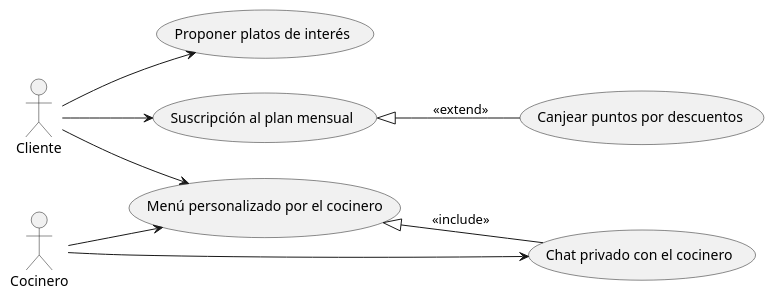
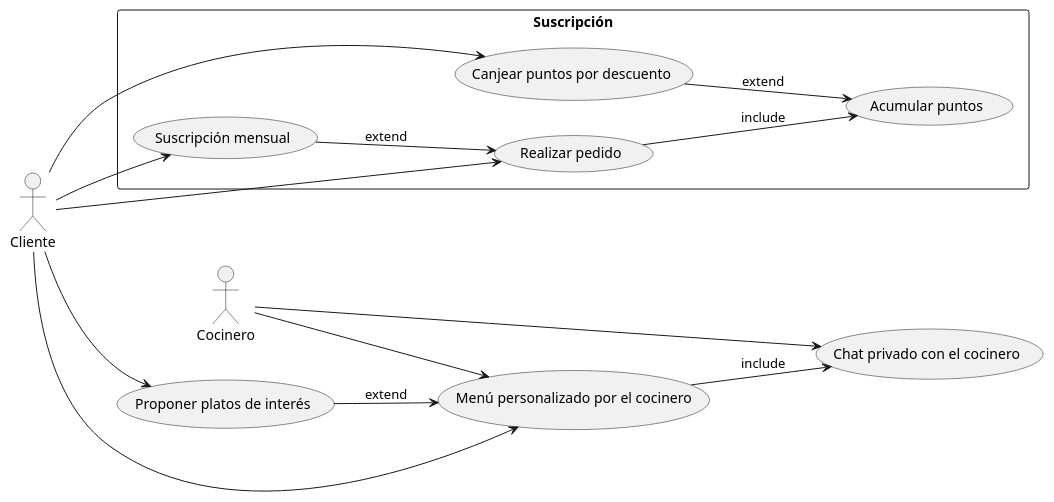
Before and after one commit to dabien3/ES25UAB-511-05: the diagram in documents/Diagrames Casos d'Us/Code Plantuml/code_bloq6.pUML, drawn with PlantUML.

Commit message:
Nuevo codigo para el bloque 6

```diff
--- a/documents/Diagrames Casos d'Us/Code Plantuml/code_bloq6.pUML
+++ b/documents/Diagrames Casos d'Us/Code Plantuml/code_bloq6.pUML
@@ -1,21 +1,34 @@
 @startuml
 left to right direction
+skinparam packageStyle rectangle
 
-actor Cliente
-actor Cocinero
+actor Cliente as Cliente
+actor Cocinero as Cocinero
 
-usecase "Proponer platos de interés" as ProponerPlatos
-usecase "Chat privado con el cocinero" as ChatCocinero
-usecase "Menú personalizado por el cocinero" as MenuPersonalizado
-usecase "Suscripción al plan mensual" as PlanMensual
-usecase "Canjear puntos por descuentos" as CanjearPuntos
+usecase "Proponer platos de interés" as CU1
+usecase "Chat privado con el cocinero" as CU2
+usecase "Menú personalizado por el cocinero" as CU3
 
-Cliente --> ProponerPlatos
-Cliente --> MenuPersonalizado
-Cliente --> PlanMensual
+rectangle "Suscripción" {
+  usecase "Suscripción mensual" as CU4
+  usecase "Realizar pedido" as CU5
+  usecase "Acumular puntos" as CU6
+  usecase "Canjear puntos por descuento" as CU7
+  
+  CU5 --> CU6 : include
+  CU7 --> CU6 : extend
+  CU4 --> CU5 : extend
+}
 
-MenuPersonalizado <|-- ChatCocinero : <<include>>
-PlanMensual <|-- CanjearPuntos : <<extend>>
-Cocinero --> ChatCocinero
-Cocinero --> MenuPersonalizado
+Cliente --> CU1
+Cliente --> CU3
+Cliente --> CU4
+Cliente --> CU5
+Cliente --> CU7
+
+Cocinero --> CU2
+Cocinero --> CU3
+
+CU3 --> CU2 : include
+CU1 --> CU3 : extend
 @enduml
```
